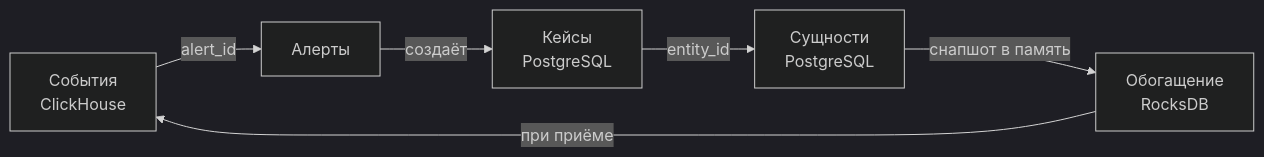
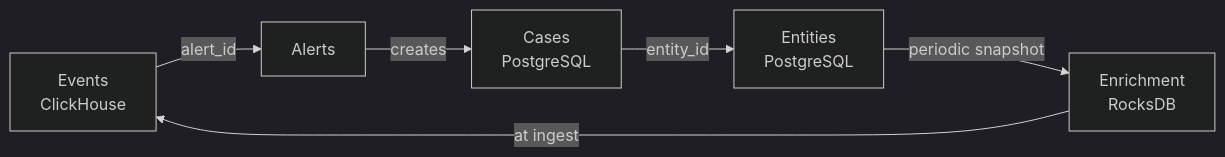
One commit to arelove/goliath-siem changed the diagram in docs/adr/0003-data-boundary.md. Above: the diagram before and after it, drawn with Mermaid (dark theme). The commit also changed other lines of this file and 6 other files, not shown here.

First line of the commit message:
docs: translate architecture decisions to English

````diff
--- a/docs/adr/0003-data-boundary.md
+++ b/docs/adr/0003-data-boundary.md
@@ -33,8 +30,8 @@
 ```mermaid
 flowchart LR
-  E["События<br/>ClickHouse"] -->|alert_id| A["Алерты"]
-  A -->|создаёт| C["Кейсы<br/>PostgreSQL"]
-  C -->|entity_id| N["Сущности<br/>PostgreSQL"]
-  N -->|снапшот в память| R["Обогащение<br/>RocksDB"]
-  R -->|при приёме| E
+  E["Events<br/>ClickHouse"] -->|alert_id| A["Alerts"]
+  A -->|creates| C["Cases<br/>PostgreSQL"]
+  C -->|entity_id| N["Entities<br/>PostgreSQL"]
+  N -->|periodic snapshot| R["Enrichment<br/>RocksDB"]
+  R -->|at ingest| E
 ```
````
